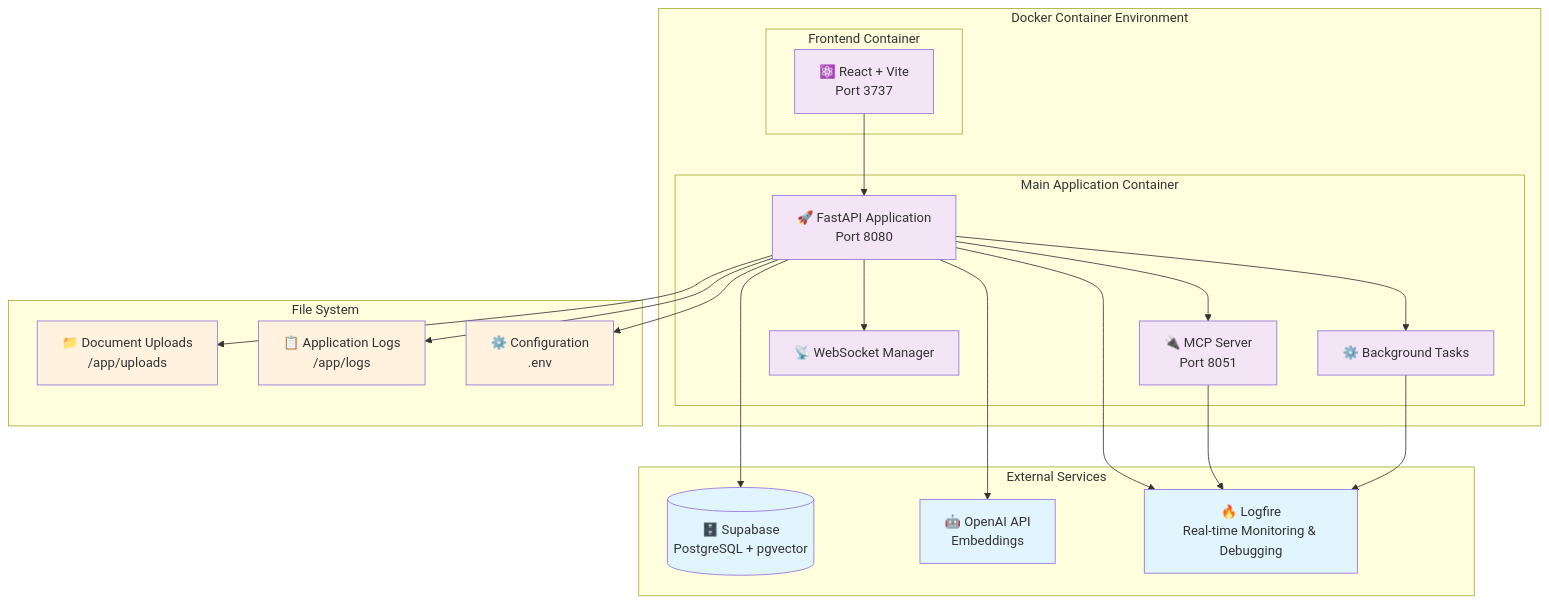
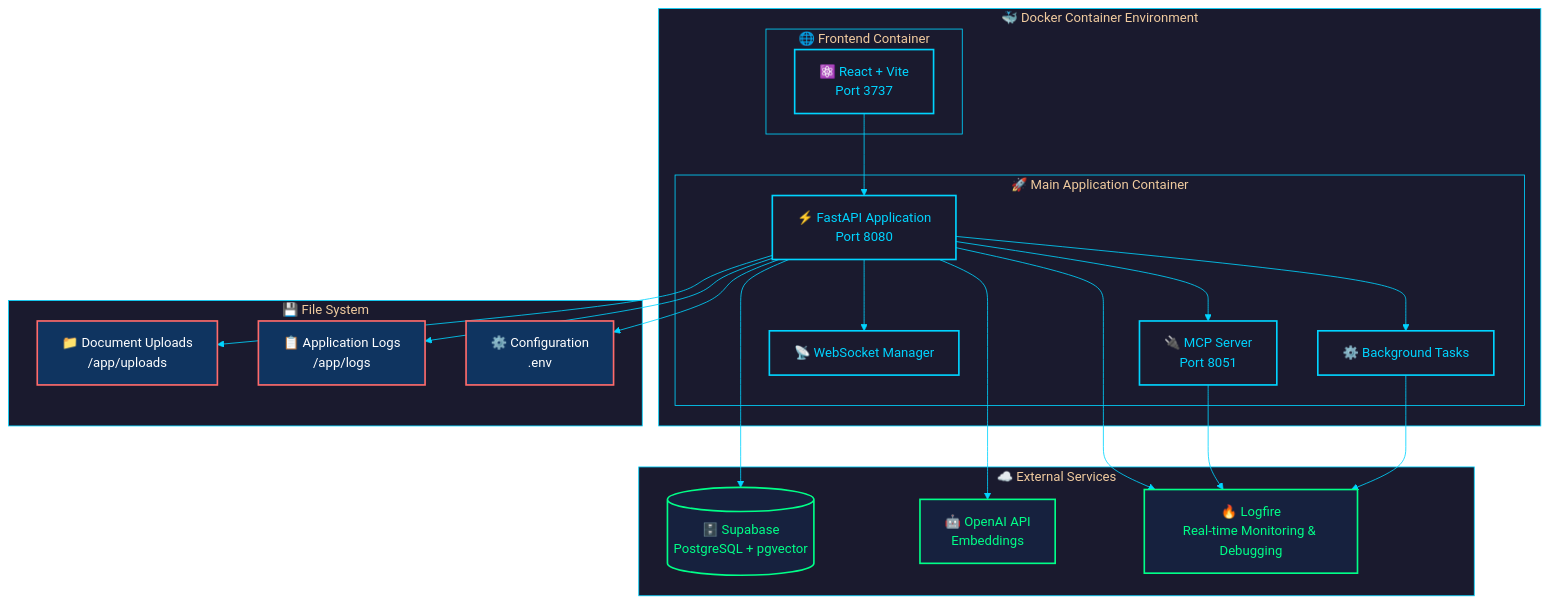
One commit to tarsonis125/mcp-crawl4ai-rag-ChromaDB-V1 changed the diagram in docs/docs/server.mdx. Above: the diagram before and after it, drawn with Mermaid. The commit also changed 12 other files, not shown here.

Commit message:
feat: switch from MCP to direct API endpoint for subtask retrieval

````diff
--- a/docs/docs/server.mdx
+++ b/docs/docs/server.mdx
@@ -24,48 +24,65 @@
 ```mermaid
+---
+config:
+  theme: 'base'
+  themeVariables:
+    primaryColor: '#1a1a2e'
+    primaryTextColor: '#00d4ff'
+    primaryBorderColor: '#00d4ff'
+    lineColor: '#00d4ff'
+    secondaryColor: '#16213e'
+    tertiaryColor: '#0f3460'
+    background: '#0a0a1a'
+    mainBkg: '#1a1a2e'
+    secondBkg: '#16213e'
+    textColor: '#ffffff'
+    clusterBkg: '#1a1a2e'
+    clusterBorder: '#00d4ff'
+---
 graph TB
-    subgraph "Docker Container Environment"
-        subgraph "Main Application Container"
-            FastAPI["🚀 FastAPI Application<br/>Port 8080"]
+    subgraph "🐳 Docker Container Environment"
+        subgraph "🚀 Main Application Container"
+            FastAPI["⚡ FastAPI Application<br/>Port 8080"]
             MCP["🔌 MCP Server<br/>Port 8051"]
             WS["📡 WebSocket Manager"]
             BG["⚙️ Background Tasks"]
         end
         
-        subgraph "Frontend Container"
+        subgraph "🌐 Frontend Container"
             React["⚛️ React + Vite<br/>Port 3737"]
         end
     end
     
-    subgraph "External Services"
+    subgraph "☁️ External Services"
         Supabase[("🗄️ Supabase<br/>PostgreSQL + pgvector")]
         OpenAI["🤖 OpenAI API<br/>Embeddings"]
         Logfire["🔥 Logfire<br/>Real-time Monitoring & Debugging"]
     end
     
-    subgraph "File System"
+    subgraph "💾 File System"
         Uploads["📁 Document Uploads<br/>/app/uploads"]
         Logs["📋 Application Logs<br/>/app/logs"]
         Config["⚙️ Configuration<br/>.env"]
     end
     
     React --> FastAPI
     FastAPI --> MCP
     FastAPI --> WS
     FastAPI --> BG
     FastAPI --> Supabase
     FastAPI --> OpenAI
     FastAPI --> Logfire
     FastAPI --> Uploads
     FastAPI --> Logs
     FastAPI --> Config
     MCP --> Logfire
     BG --> Logfire
     
-    classDef external fill:#e1f5fe
-    classDef container fill:#f3e5f5
-    classDef filesystem fill:#fff3e0
+    classDef neonCore fill:#1a1a2e,stroke:#00d4ff,stroke-width:2px,color:#00d4ff
+    classDef neonExternal fill:#16213e,stroke:#00ff88,stroke-width:2px,color:#00ff88
+    classDef neonSystem fill:#0f3460,stroke:#ff6b6b,stroke-width:2px,color:#ffffff
     
-    class Supabase,OpenAI,Logfire external
-    class FastAPI,MCP,WS,BG,React container
-    class Uploads,Logs,Config filesystem
+    class FastAPI,MCP,WS,BG,React neonCore
+    class Supabase,OpenAI,Logfire neonExternal
+    class Uploads,Logs,Config neonSystem
 ```
````
